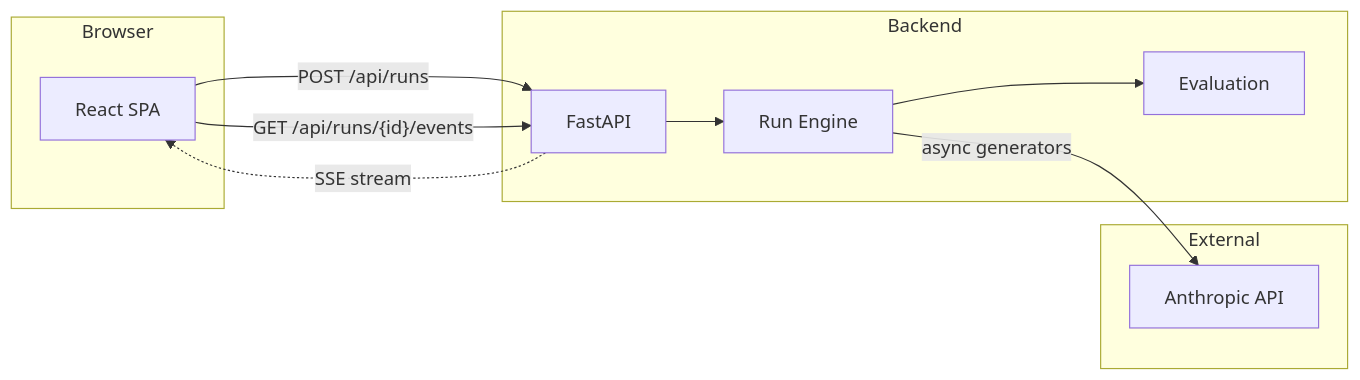
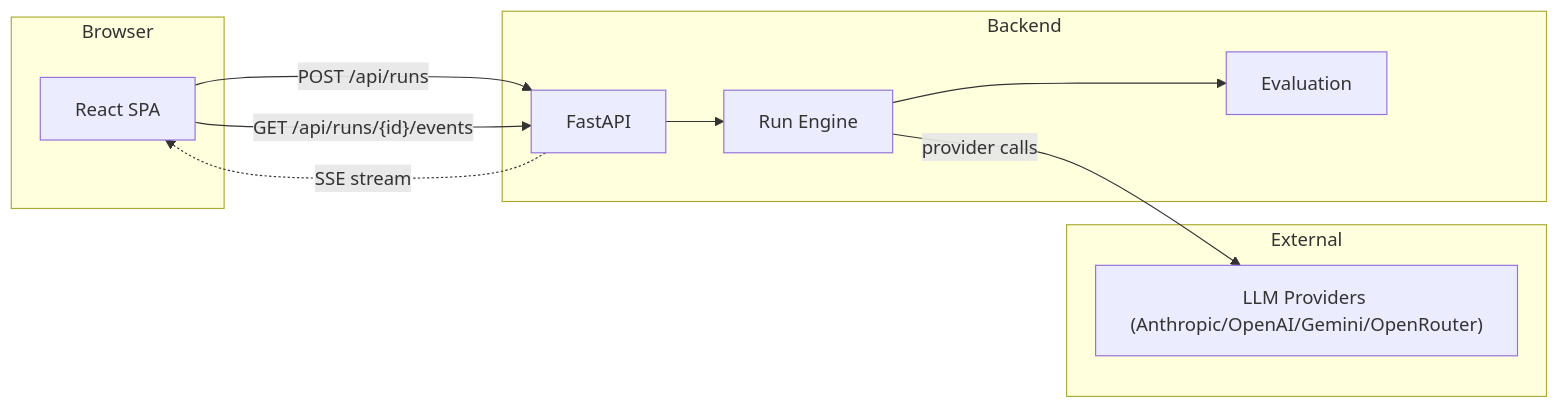
Before and after one commit to jlov7/scaffold-arena: the first of 2 diagrams in docs/architecture.md, drawn with Mermaid. The commit also changed other lines of this file and 270 other files, not shown here.

````diff
--- a/docs/architecture.md
+++ b/docs/architecture.md
@@ -9,23 +16,23 @@
 ```mermaid
 graph LR
     subgraph Client["Browser"]
         React["React SPA"]
     end
 
     subgraph Server["Backend"]
         FastAPI["FastAPI"]
         Engine["Run Engine"]
         Eval["Evaluation"]
     end
 
     subgraph External["External"]
-        Anthropic["Anthropic API"]
+        Providers["LLM Providers (Anthropic/OpenAI/Gemini/OpenRouter)"]
     end
 
     React -->|"POST /api/runs"| FastAPI
     React -->|"GET /api/runs/{id}/events"| FastAPI
     FastAPI --> Engine
-    Engine -->|"async generators"| Anthropic
+    Engine -->|"provider calls"| Providers
     Engine --> Eval
     FastAPI -.->|"SSE stream"| React
 ```
````
